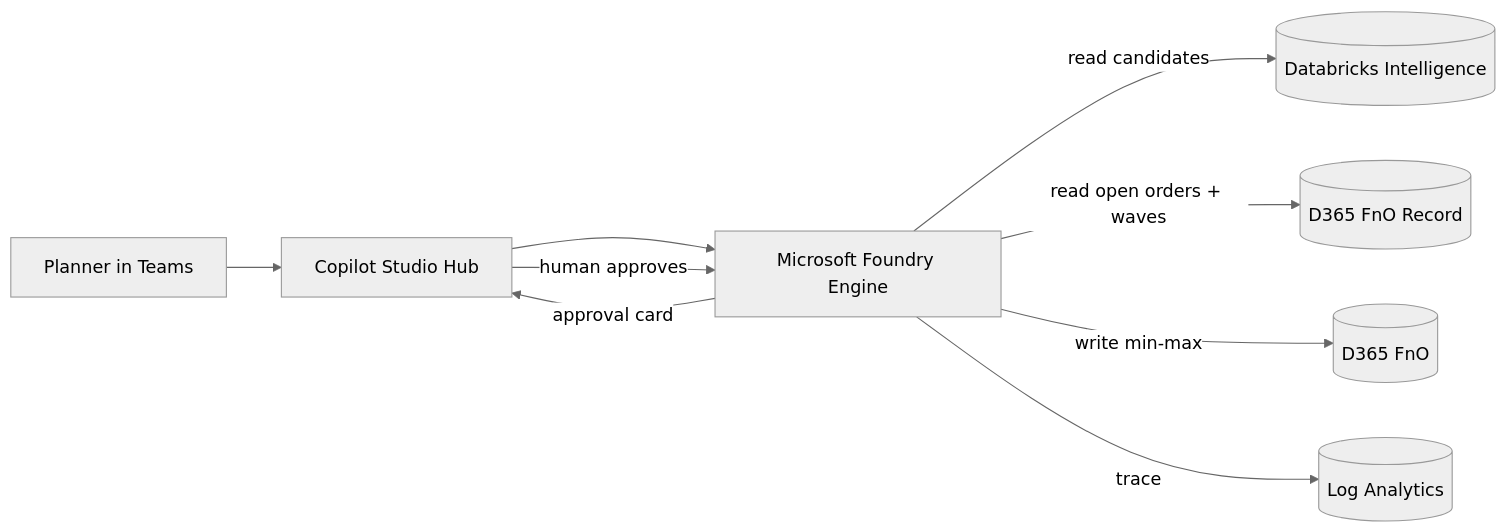
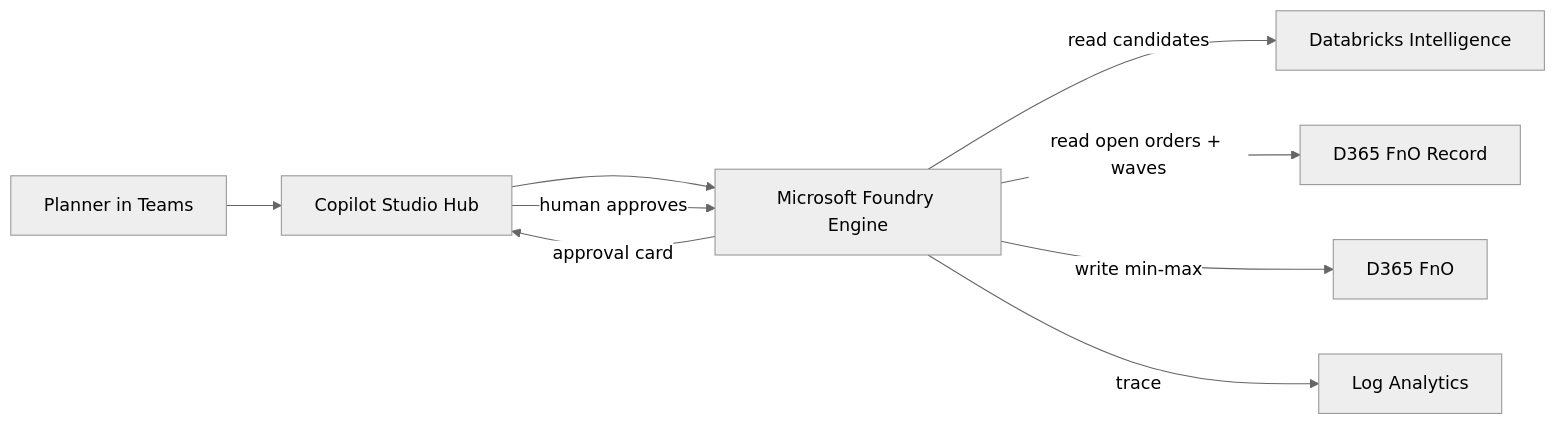
Before and after one commit to honestypugh2/warehouse-replenishment-ai-demo: the diagram in docs/01-architecture.md, drawn with Mermaid (neutral theme). The commit also changed 3 other files, not shown here.

Commit message:
fix: additional Mermaid rendering fixes across docs

````diff
--- a/docs/01-architecture.md
+++ b/docs/01-architecture.md
@@ -22,11 +22,11 @@
 ```mermaid
 flowchart LR
     P[Planner in Teams] --> CS["Copilot Studio Hub"]
     CS --> F["Microsoft Foundry Engine"]
-    F -->|read candidates| DBX[("Databricks Intelligence")]
-    F -->|read open orders + waves| D365R[("D365 FnO Record")]
+    F -->|read candidates| DBX["Databricks Intelligence"]
+    F -->|read open orders + waves| D365R["D365 FnO Record"]
     F -->|approval card| CS
     CS -->|human approves| F
-    F -->|write min-max| D365W[("D365 FnO")]
-    F -->|trace| LAW[("Log Analytics")]
+    F -->|write min-max| D365W["D365 FnO"]
+    F -->|trace| LAW["Log Analytics"]
 ```
````
